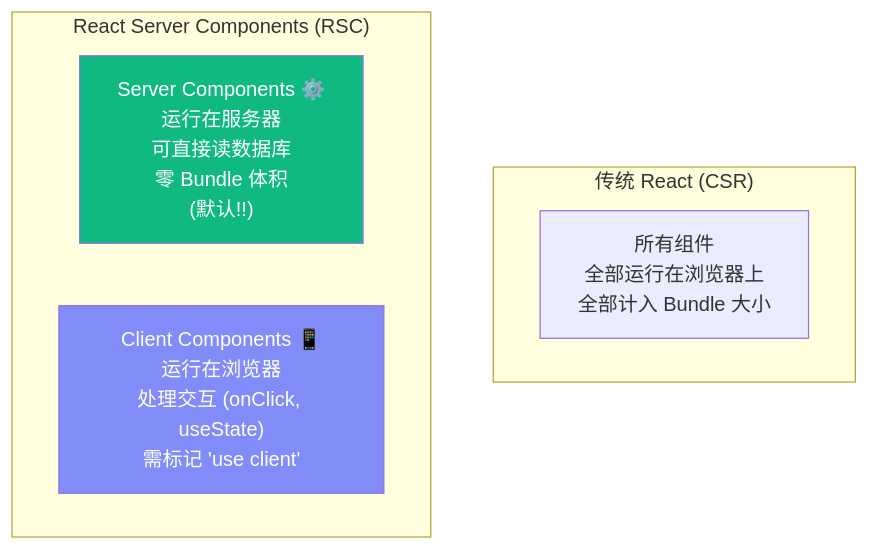
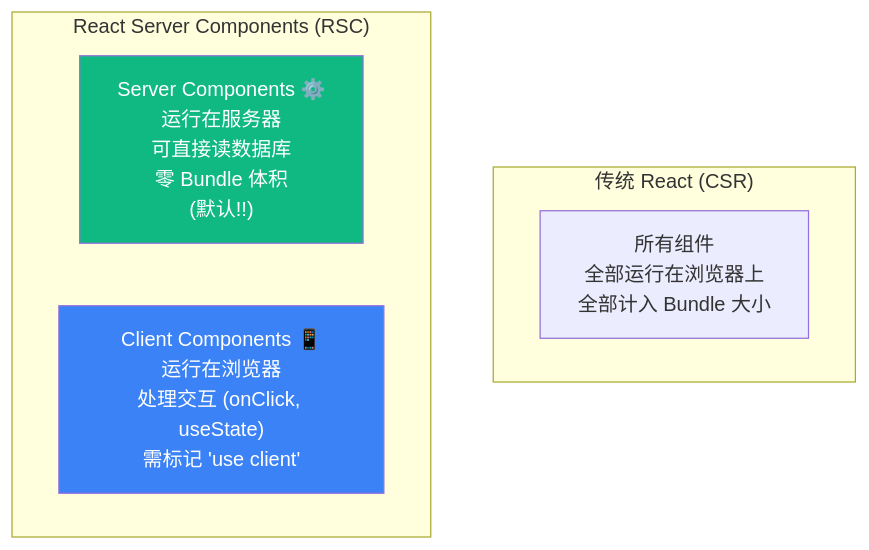
The first of 4 diagrams in docs/Lesson_18.md (boltguo/react_learn), drawn with Mermaid before and after one commit. The commit also changed other lines of this file and 31 other files, not shown here.

Commit message:
docs: 统一Mermaid术语与配色层级

````diff
--- a/docs/Lesson_18.md
+++ b/docs/Lesson_18.md
@@ -26,14 +38,14 @@
 ```mermaid
 flowchart TB
     subgraph "传统 React (CSR)"
         ALL["所有组件<br/>全部运行在浏览器上<br/>全部计入 Bundle 大小"]
     end
     
     subgraph "React Server Components (RSC)"
         SC["Server Components ⚙️<br/>运行在服务器<br/>可直接读数据库<br/>零 Bundle 体积<br/>(默认!!)"]
         CC["Client Components 📱<br/>运行在浏览器<br/>处理交互 (onClick, useState)<br/>需标记 'use client'"]
     end
     
     style SC fill:#10b981,color:#fff
-    style CC fill:#818cf8,color:#fff
+    style CC fill:#3b82f6,color:#fff
 ```
````
